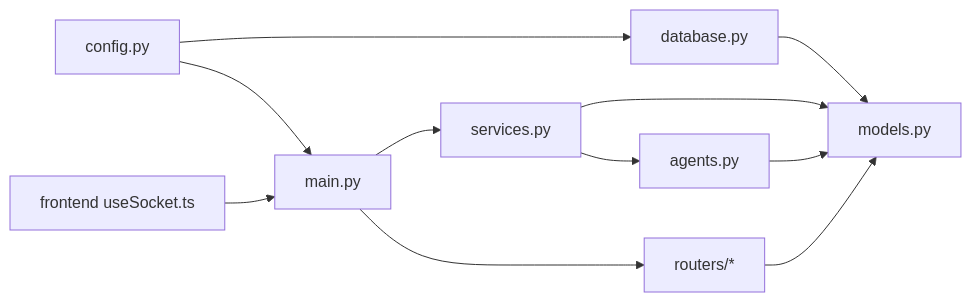
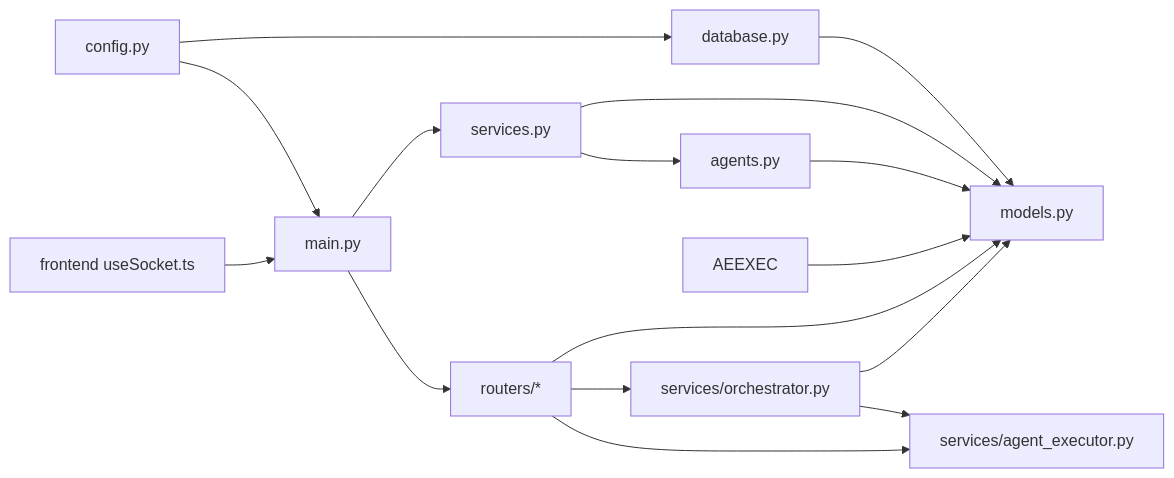
One commit to KunLabAI/KunFlix changed the ninth of 9 diagrams in .qoder/repowiki/zh/content/多智能体叙事引擎/智能体协作机制.md. Above: the diagram before and after it, drawn with Mermaid. The commit also changed other lines of this file and 25 other files, not shown here.

````diff
--- a/.qoder/repowiki/zh/content/多智能体叙事引擎/智能体协作机制.md
+++ b/.qoder/repowiki/zh/content/多智能体叙事引擎/智能体协作机制.md
@@ -327,13 +492,18 @@
 ```mermaid
 graph LR
 CFG["config.py"] --> DB["database.py"]
 CFG --> APP["main.py"]
 DB --> MODELS["models.py"]
 APP --> SVC["services.py"]
 APP --> ROUTERS["routers/*"]
 SVC --> MODELS
 SVC --> AG["agents.py"]
 AG --> MODELS
 ROUTERS --> MODELS
+ROUTERS --> ORCH["services/orchestrator.py"]
+ROUTERS --> AEXEC["services/agent_executor.py"]
+ORCH --> MODELS
+ORCH --> AEXEC
+AEEXEC --> MODELS
 FEHOOK["frontend useSocket.ts"] --> APP
 ```
````
